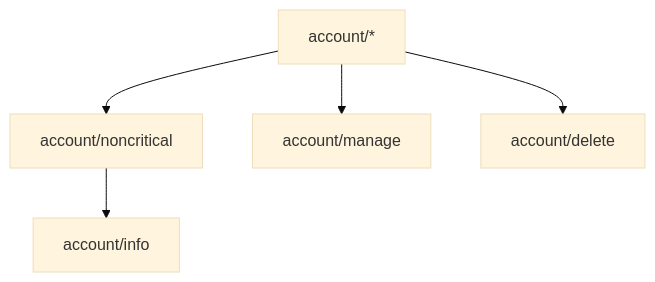
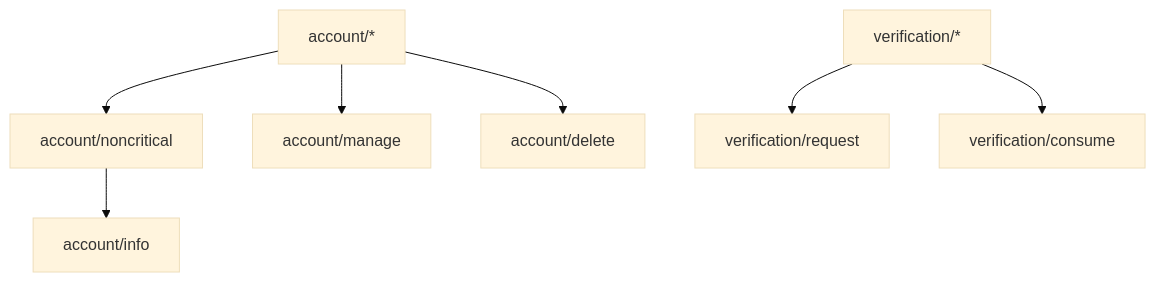
The diagram in design/api.md (fission-codes/fission-server), drawn with Mermaid (base theme) before and after one commit. The commit also changed other lines of this file, not shown here.

````diff
--- a/design/api.md
+++ b/design/api.md
@@ -184,7 +171,9 @@
 ```mermaid
 flowchart TD
     Star["account/*"] --> Noncrit["account/noncritical"]
     Noncrit --> Info["account/info"]
     Star --> Manage["account/manage"]
     Star --> Delete["account/delete"]
+    VStar["verification/*"] --> VReq["verification/request"]
+    VStar --> VCons["verification/consume"]
 ```
````
